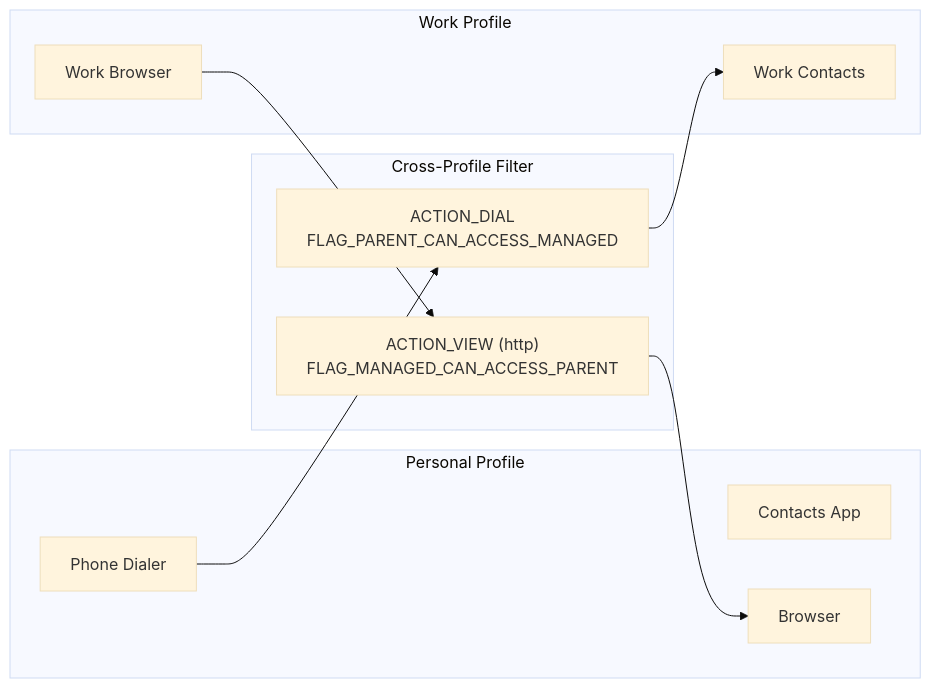
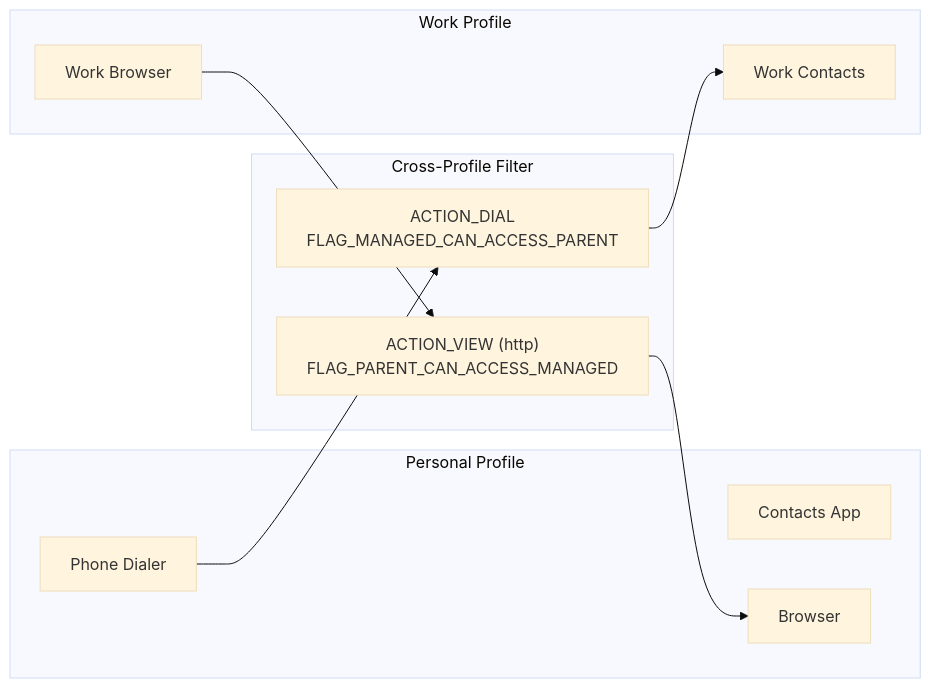
Diagram 11 of 30 in agents/claude/skills/aosp-device-support/61-device-policy.md (aospbooks/aosp-internal-book), drawn with Mermaid (base theme) before and after one commit. The commit also changed other lines of this file and 218 other files, not shown here.

````diff
--- a/agents/claude/skills/aosp-device-support/61-device-policy.md
+++ b/agents/claude/skills/aosp-device-support/61-device-policy.md
@@ -1166,21 +1182,21 @@
 ```mermaid
 graph LR
     subgraph "Personal Profile"
         PHONE[Phone Dialer]
         CONTACTS[Contacts App]
         BROWSER[Browser]
     end
 
     subgraph "Cross-Profile Filter"
-        F1["ACTION_DIAL<br/>FLAG_PARENT_CAN_ACCESS_MANAGED"]
-        F2["ACTION_VIEW (http)<br/>FLAG_MANAGED_CAN_ACCESS_PARENT"]
+        F1["ACTION_DIAL<br/>FLAG_MANAGED_CAN_ACCESS_PARENT"]
+        F2["ACTION_VIEW (http)<br/>FLAG_PARENT_CAN_ACCESS_MANAGED"]
     end
 
     subgraph "Work Profile"
         W_CONTACTS[Work Contacts]
         W_BROWSER[Work Browser]
     end
 
     PHONE --> F1 --> W_CONTACTS
     W_BROWSER --> F2 --> BROWSER
 ```
````
